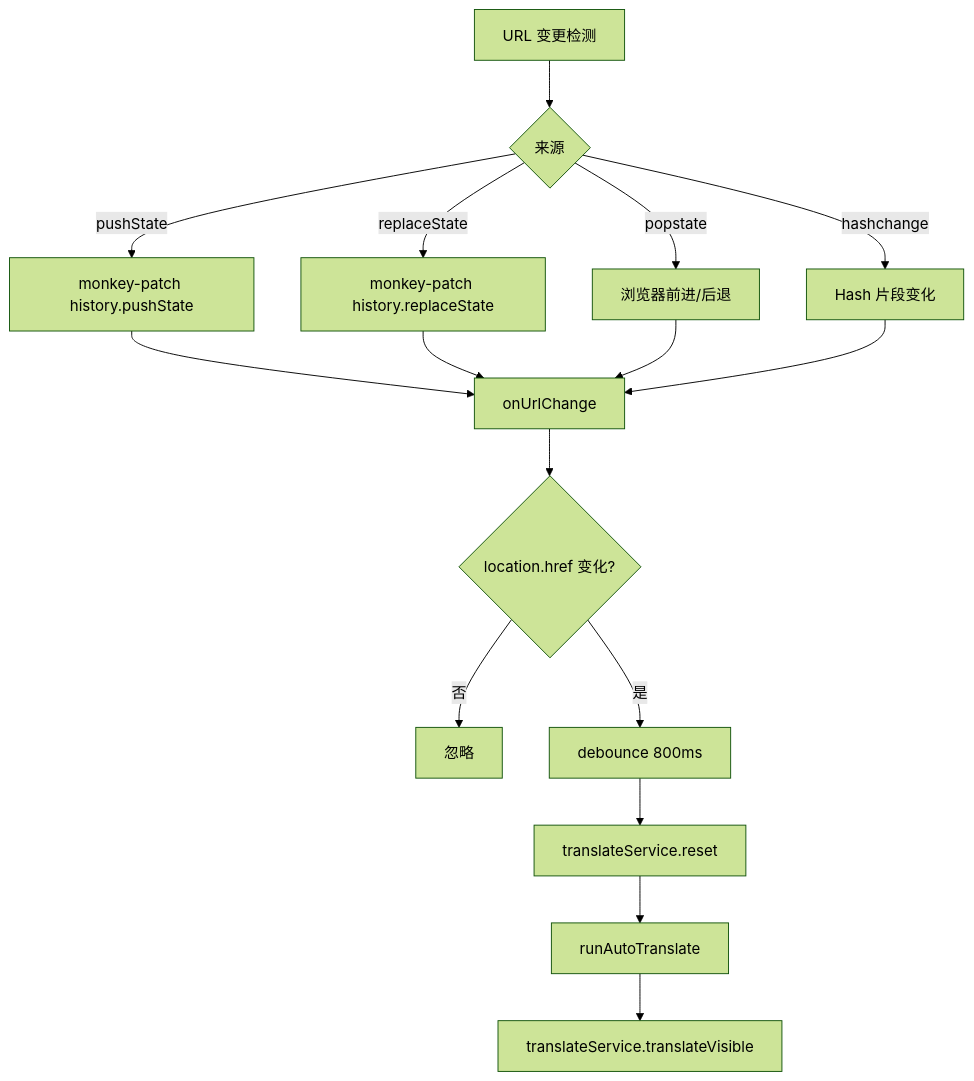
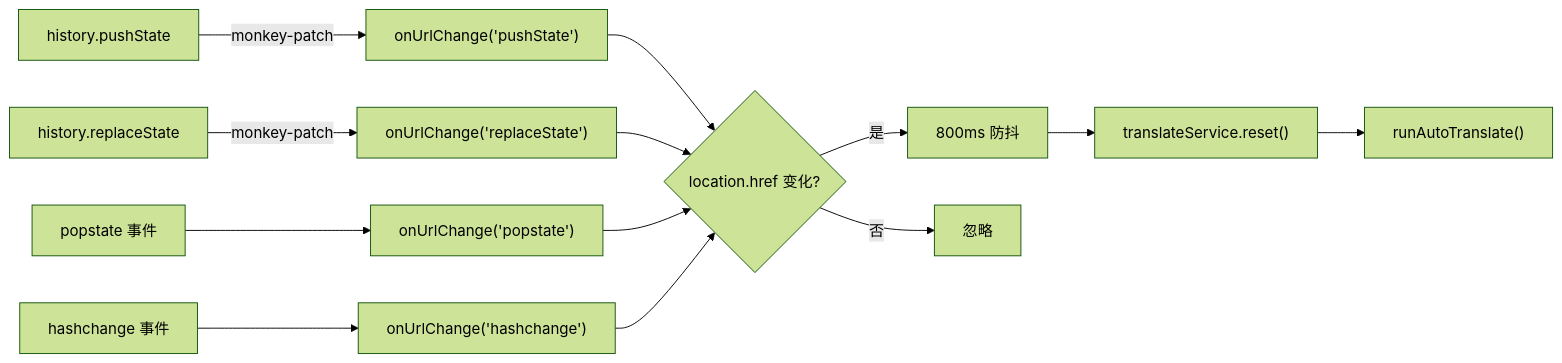
Before and after one commit to zw123zw/ai-browser: the tenth of 12 diagrams in docs/architecture/translation.md, drawn with Mermaid (forest theme). The commit also changed other lines of this file and 42 other files, not shown here.

````diff
--- a/docs/architecture/translation.md
+++ b/docs/architecture/translation.md
@@ -430,20 +544,17 @@
 ```mermaid
-flowchart TD
-    A[URL 变更检测] --> B{来源}
-    B -->|pushState| C[monkey-patch history.pushState]
-    B -->|replaceState| D[monkey-patch history.replaceState]
-    B -->|popstate| E[浏览器前进/后退]
-    B -->|hashchange| F[Hash 片段变化]
+flowchart LR
+    A["history.pushState"] -->|monkey-patch| B["onUrlChange('pushState')"]
+    C["history.replaceState"] -->|monkey-patch| D["onUrlChange('replaceState')"]
+    E["popstate 事件"] --> F["onUrlChange('popstate')"]
+    G["hashchange 事件"] --> H["onUrlChange('hashchange')"]
 
-    C --> G[onUrlChange]
-    D --> G
-    E --> G
-    F --> G
+    B --> I{"location.href 变化?"}
+    D --> I
+    F --> I
+    H --> I
 
-    G --> H{location.href 变化?}
-    H -->|否| I[忽略]
-    H -->|是| J[debounce 800ms]
-    J --> K[translateService.reset]
-    K --> L[runAutoTranslate]
-    L --> M[translateService.translateVisible]
+    I -->|是| J["800ms 防抖"]
+    J --> K["translateService.reset()"]
+    K --> L["runAutoTranslate()"]
+    I -->|否| M["忽略"]
 ```
````
